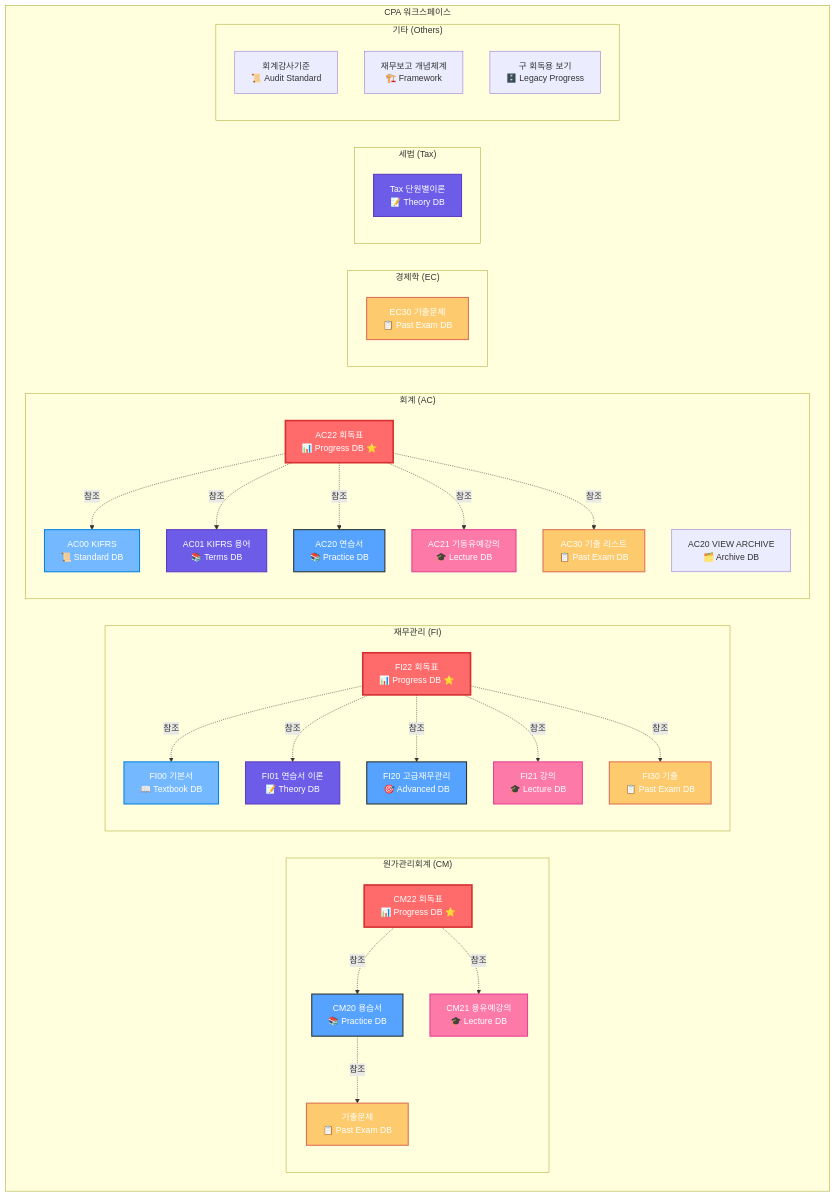
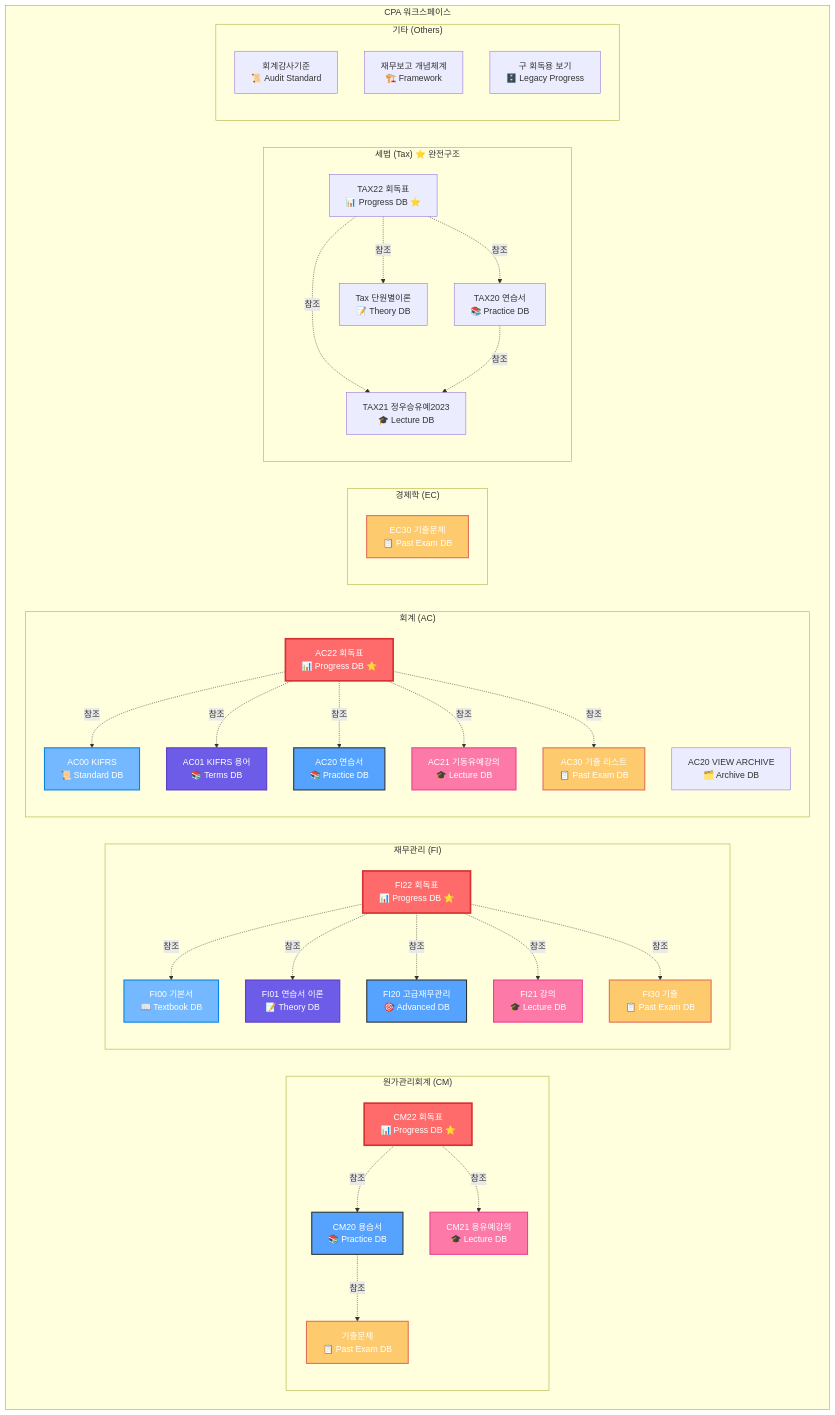
The diagram in docs/_notion/cpa_db_architecture.md (lunaticaug/cpa-exams), drawn with Mermaid before and after one commit.

Commit message:
notion db v5

````diff
--- a/docs/_notion/cpa_db_architecture.md
+++ b/docs/_notion/cpa_db_architecture.md
@@ -26,74 +26,82 @@
 ```mermaid
 graph TB
     subgraph "CPA 워크스페이스"
         subgraph "원가관리회계 (CM)"
             CM20[CM20 용습서<br/>📚 Practice DB]
             CM21[CM21 용유예강의<br/>🎓 Lecture DB]
             CM22[CM22 회독표<br/>📊 Progress DB ⭐]
             CM30[기출문제<br/>📋 Past Exam DB]
             
             CM22 -.->|참조| CM20
             CM22 -.->|참조| CM21
             CM20 -.->|참조| CM30
         end
         
         subgraph "재무관리 (FI)"
             FI00[FI00 기본서<br/>📖 Textbook DB]
             FI01[FI01 연습서 이론<br/>📝 Theory DB]
             FI20[FI20 고급재무관리<br/>🎯 Advanced DB]
             FI21[FI21 강의<br/>🎓 Lecture DB]
             FI22[FI22 회독표<br/>📊 Progress DB ⭐]
             FI30[FI30 기출<br/>📋 Past Exam DB]
             
             FI22 -.->|참조| FI00
             FI22 -.->|참조| FI01
             FI22 -.->|참조| FI20
             FI22 -.->|참조| FI21
             FI22 -.->|참조| FI30
         end
         
         subgraph "회계 (AC)"
             AC00[AC00 KIFRS<br/>📜 Standard DB]
             AC01[AC01 KIFRS 용어<br/>📚 Terms DB]
             AC20[AC20 연습서<br/>📚 Practice DB]
             AC20V[AC20 VIEW ARCHIVE<br/>🗂️ Archive DB]
             AC21[AC21 기동유예강의<br/>🎓 Lecture DB]
             AC22[AC22 회독표<br/>📊 Progress DB ⭐]
             AC30[AC30 기출 리스트<br/>📋 Past Exam DB]
             
             AC22 -.->|참조| AC00
             AC22 -.->|참조| AC01
             AC22 -.->|참조| AC20
             AC22 -.->|참조| AC21
             AC22 -.->|참조| AC30
         end
         
         subgraph "경제학 (EC)"
             EC30[EC30 기출문제<br/>📋 Past Exam DB]
         end
         
-        subgraph "세법 (Tax)"
-            TAX[Tax 단원별이론<br/>📝 Theory DB]
+        subgraph "세법 (Tax) ⭐ 완전구조"
+            TAX20[TAX20 연습서<br/>📚 Practice DB]
+            TAX21[TAX21 정우승유예2023<br/>🎓 Lecture DB]
+            TAX22[TAX22 회독표<br/>📊 Progress DB ⭐]
+            TAXTH[Tax 단원별이론<br/>📝 Theory DB]
+            
+            TAX22 -.->|참조| TAX20
+            TAX22 -.->|참조| TAX21
+            TAX22 -.->|참조| TAXTH
+            TAX20 -.->|참조| TAX21
         end
         
         subgraph "기타 (Others)"
             AUDIT[회계감사기준<br/>📜 Audit Standard]
             FRAME[재무보고 개념체계<br/>🏗️ Framework]
             OLD[구 회독용 보기<br/>🗄️ Legacy Progress]
         end
     end
     
     classDef progress fill:#ff6b6b,stroke:#d63031,stroke-width:3px,color:#fff
     classDef textbook fill:#74b9ff,stroke:#0984e3,stroke-width:2px,color:#fff
     classDef practice fill:#55a3ff,stroke:#2d3436,stroke-width:2px,color:#fff
     classDef lecture fill:#fd79a8,stroke:#e84393,stroke-width:2px,color:#fff
     classDef exam fill:#fdcb6e,stroke:#e17055,stroke-width:2px,color:#fff
     classDef theory fill:#6c5ce7,stroke:#5f3dc4,stroke-width:2px,color:#fff
     
     class CM22,FI22,AC22 progress
     class FI00,AC00 textbook
     class CM20,AC20,FI20 practice
     class CM21,FI21,AC21 lecture
     class CM30,FI30,AC30,EC30 exam
     class FI01,AC01,TAX theory
 ```
````
